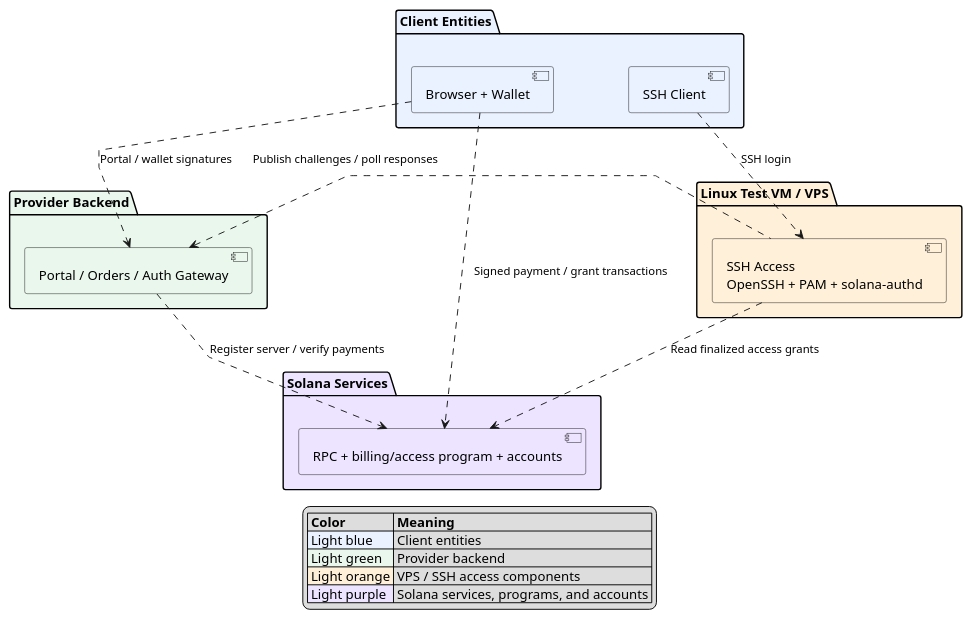
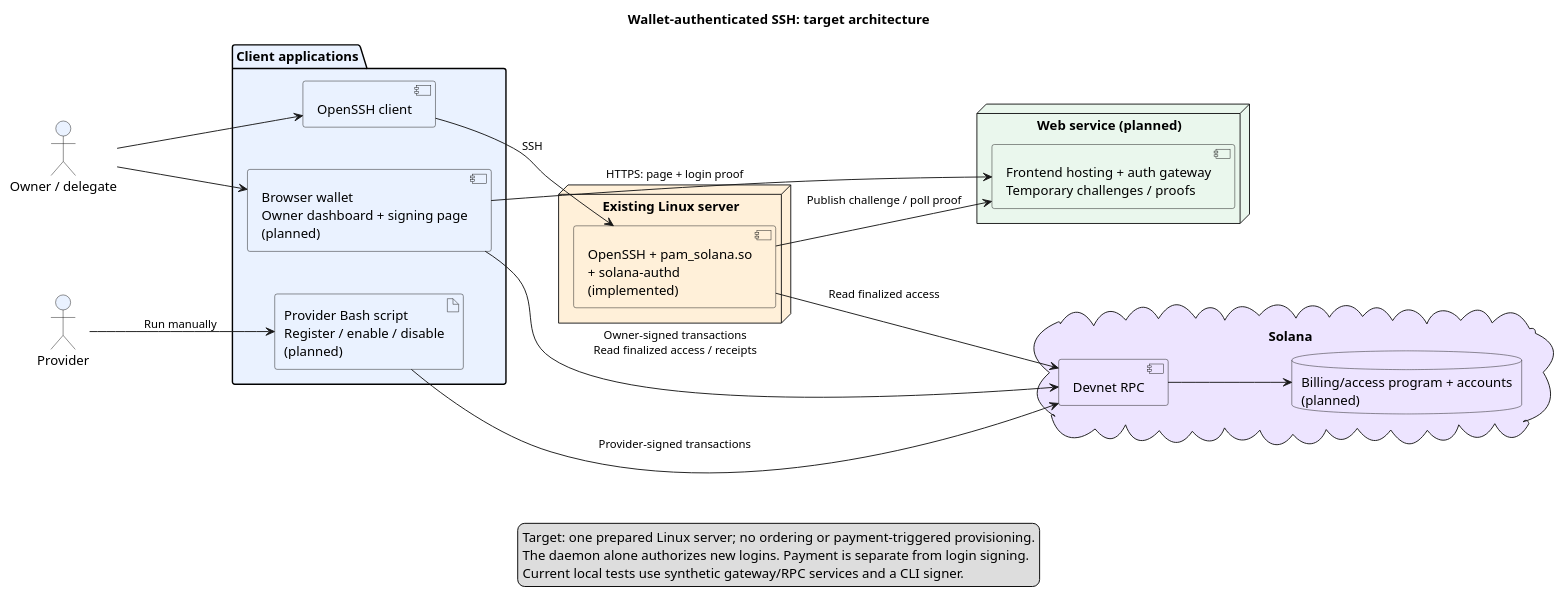
The diagram in docs/diagrams/system-overview.puml (Tarat0r/solana-vps-platform), drawn with PlantUML before and after one commit. The commit also changed 20 other files, not shown here.

Commit message:
docs: describe the reduced architecture and implemented components

```diff
--- a/docs/diagrams/system-overview.puml
+++ b/docs/diagrams/system-overview.puml
@@ -1,41 +1,45 @@
 @startuml
-top to bottom direction
-skinparam componentStyle uml2
-skinparam shadowing false
 skinparam defaultFontName SansSerif
 skinparam defaultFontSize 14
-skinparam nodesep 80
-skinparam ranksep 80
-skinparam linetype polyline
 skinparam ArrowFontSize 12
+skinparam shadowing false
+skinparam nodesep 45
+skinparam ranksep 55
+title Wallet-authenticated SSH: target architecture
+left to right direction
 
-package "Client Entities" #EAF2FF {
-  component "Browser + Wallet" as Browser #EAF2FF
-  component "SSH Client" as SSH #EAF2FF
-  Browser -[hidden]right-> SSH
+actor "Owner / delegate" as User #EAF2FF
+actor "Provider" as Provider #EAF2FF
+package "Client applications" #EAF2FF {
+  component "Browser wallet\nOwner dashboard + signing page\n(planned)" as Browser #EAF2FF
+  component "OpenSSH client" as Client #EAF2FF
+  artifact "Provider Bash script\nRegister / enable / disable\n(planned)" as Setup #EAF2FF
 }
-package "Provider Backend" #EAF7ED {
-  component "Portal / Orders / Auth Gateway" as Backend #EAF7ED
+node "Web service (planned)" #EAF7ED {
+  component "Frontend hosting + auth gateway\nTemporary challenges / proofs" as Gateway #EAF7ED
 }
-package "Linux Test VM / VPS" #FFF0D9 {
-  component "SSH Access\nOpenSSH + PAM + solana-authd" as Access #FFF0D9
+node "Existing Linux server" #FFF0D9 {
+  component "OpenSSH + pam_solana.so\n+ solana-authd\n(implemented)" as SSH #FFF0D9
 }
-package "Solana Services" #EDE4FF {
-  component "RPC + billing/access program + accounts" as Solana #EDE4FF
+cloud "Solana" #EDE4FF {
+  component "Devnet RPC" as RPC #EDE4FF
+  database "Billing/access program + accounts\n(planned)" as Chain #EDE4FF
 }
 
-Browser -[dashed]down-> Backend : Portal / wallet signatures
-SSH -[dashed]down-> Access : SSH login
-Access -[dashed]left-> Backend : Publish challenges / poll responses
-Backend -[dashed]down-> Solana : Register server / verify payments
-Access -[dashed]down-> Solana : Read finalized access grants
-Browser -[dashed]down--> Solana : Signed payment / grant transactions
+User --> Browser
+User --> Client
+Provider --> Setup : Run manually
+Client --> SSH : SSH
+Browser --> Gateway : HTTPS: page + login proof
+SSH --> Gateway : Publish challenge / poll proof
+Browser --> RPC : Owner-signed transactions\nRead finalized access / receipts
+Setup --> RPC : Provider-signed transactions
+SSH --> RPC : Read finalized access
+RPC --> Chain
 
 legend bottom
-  |= Color |= Meaning |
-  |<#EAF2FF> Light blue | Client entities |
-  |<#EAF7ED> Light green | Provider backend |
-  |<#FFF0D9> Light orange | VPS / SSH access components |
-  |<#EDE4FF> Light purple | Solana services, programs, and accounts |
+  Target: one prepared Linux server; no ordering or payment-triggered provisioning.
+  The daemon alone authorizes new logins. Payment is separate from login signing.
+  Current local tests use synthetic gateway/RPC services and a CLI signer.
 endlegend
 @enduml
```
